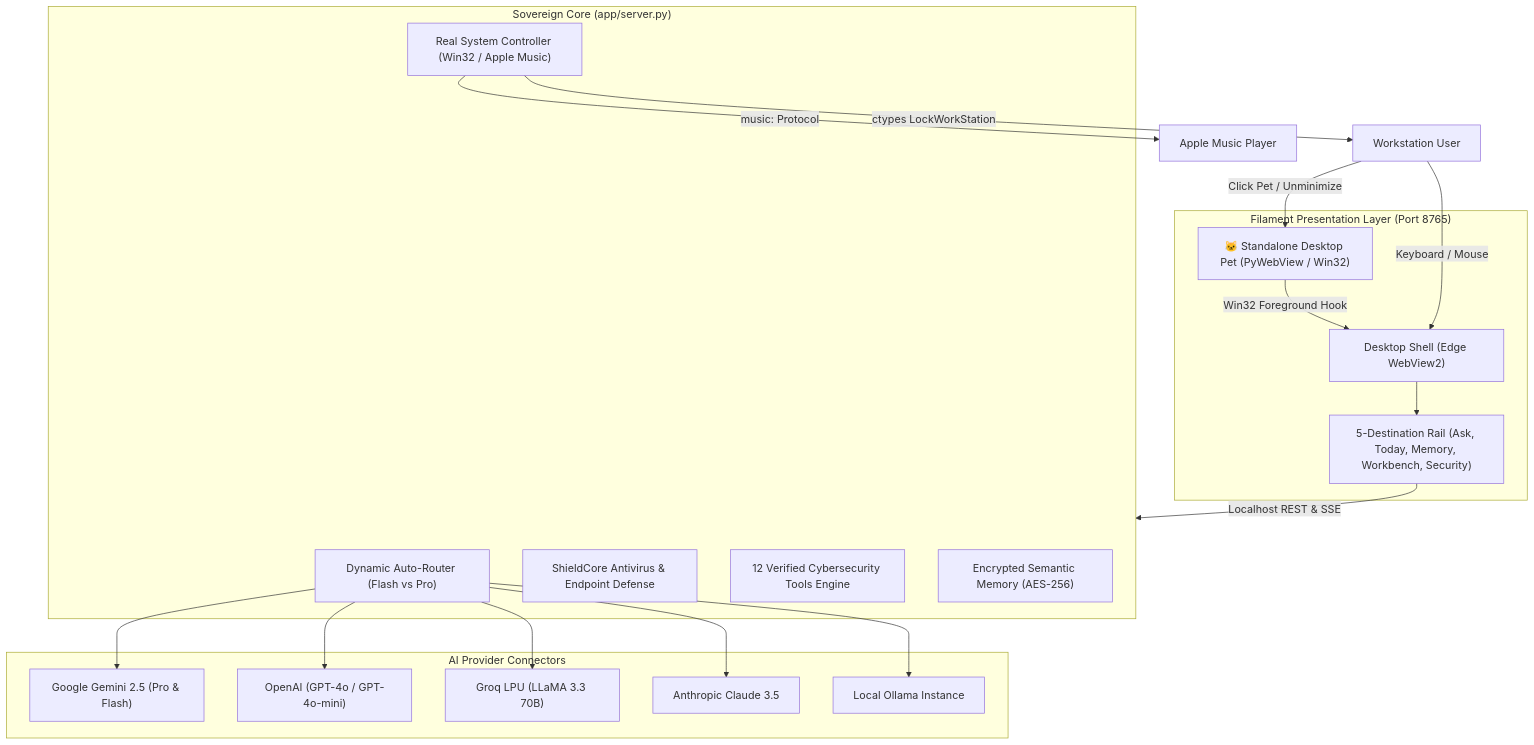
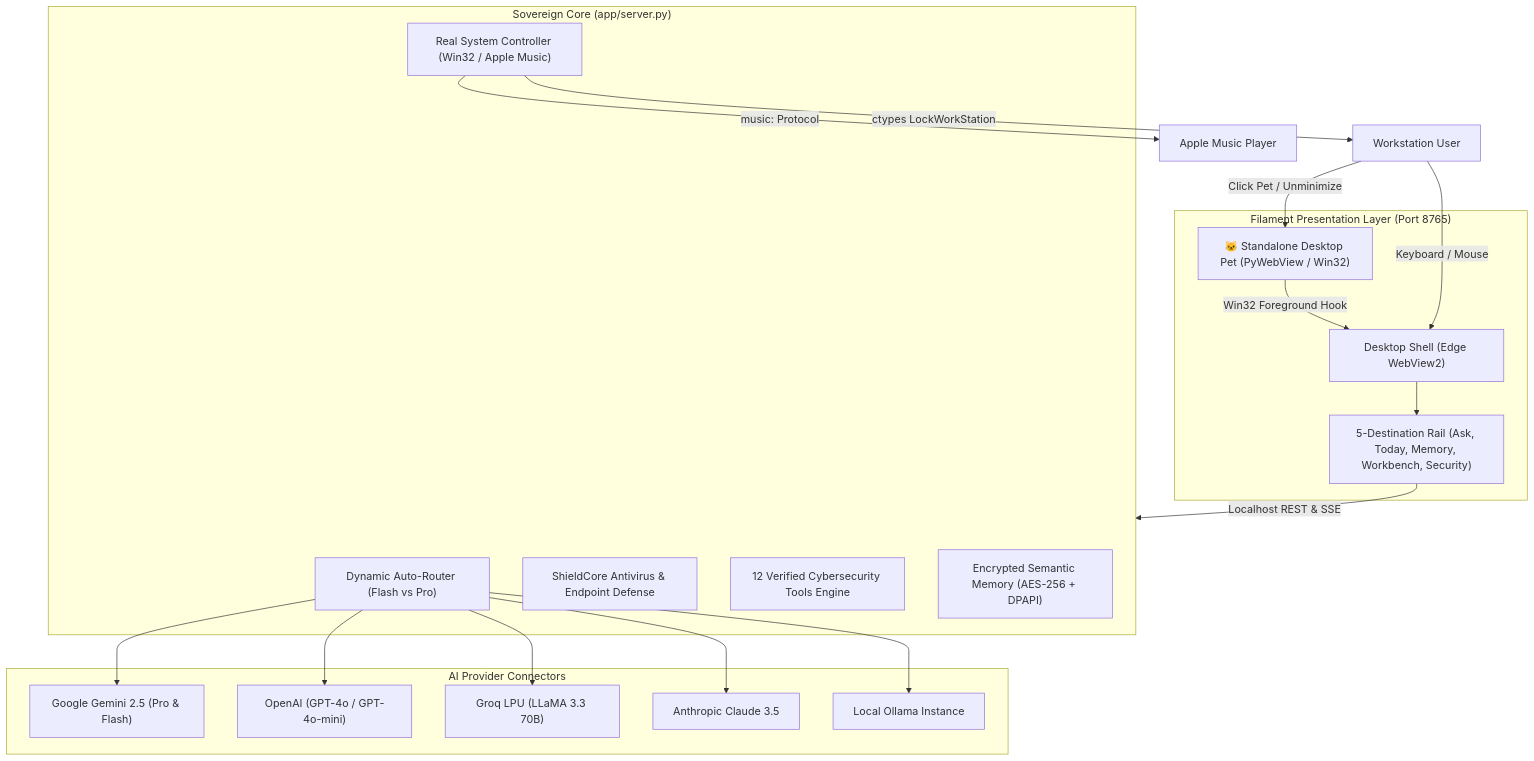
One commit to Maher-Bhatt/KALKI changed the diagram in README.md. Above: the diagram before and after it, drawn with Mermaid. The commit also changed other lines of this file and 8 other files, not shown here.

````diff
--- a/README.md
+++ b/README.md
@@ -158,41 +168,41 @@
 ```mermaid
 flowchart TD
     User["Workstation User"]
     
     subgraph UI ["Filament Presentation Layer (Port 8765)"]
         DeskPet["🐱 Standalone Desktop Pet (PyWebView / Win32)"]
         Shell["Desktop Shell (Edge WebView2)"]
         Nav["5-Destination Rail (Ask, Today, Memory, Workbench, Security)"]
     end
 
     subgraph Core ["Sovereign Core (app/server.py)"]
         Router["Dynamic Auto-Router (Flash vs Pro)"]
         LocalHandler["Real System Controller (Win32 / Apple Music)"]
         ShieldCore["ShieldCore Antivirus & Endpoint Defense"]
         CyberTools["12 Verified Cybersecurity Tools Engine"]
-        MemVault["Encrypted Semantic Memory (AES-256)"]
+        MemVault["Encrypted Semantic Memory (AES-256 + DPAPI)"]
     end
 
     subgraph Providers ["AI Provider Connectors"]
         Gemini["Google Gemini 2.5 (Pro & Flash)"]
         OpenAI["OpenAI (GPT-4o / GPT-4o-mini)"]
         Groq["Groq LPU (LLaMA 3.3 70B)"]
         Claude["Anthropic Claude 3.5"]
         Ollama["Local Ollama Instance"]
     end
 
     User -->|Click Pet / Unminimize| DeskPet
     DeskPet -->|Win32 Foreground Hook| Shell
     User -->|Keyboard / Mouse| Shell
     Shell --> Nav
     Nav -->|Localhost REST & SSE| Core
     
     Router --> Gemini
     Router --> OpenAI
     Router --> Groq
     Router --> Claude
     Router --> Ollama
     
     LocalHandler -->|ctypes LockWorkStation| User
     LocalHandler -->|music: Protocol| AppleMusic["Apple Music Player"]
 ```
````
